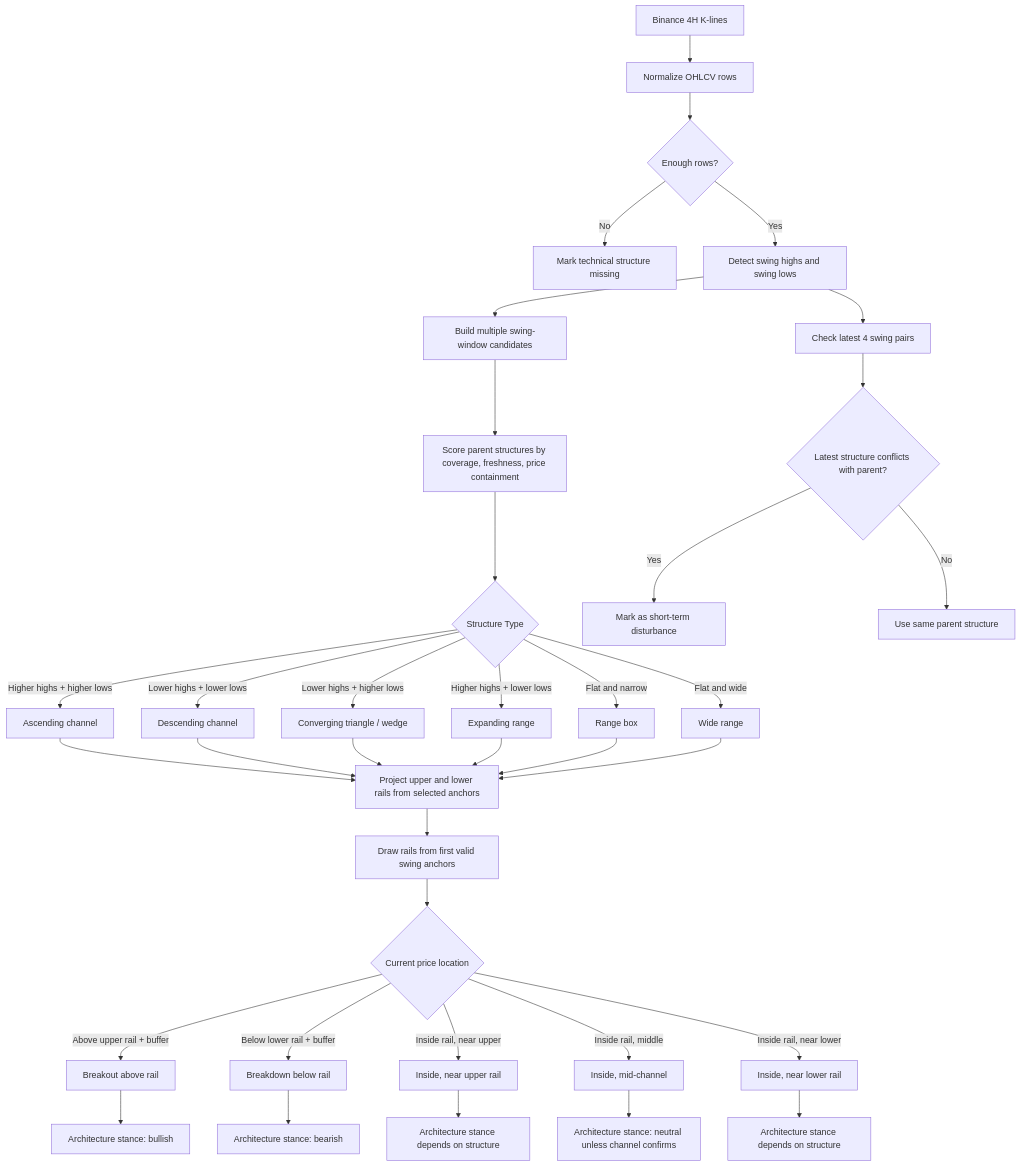
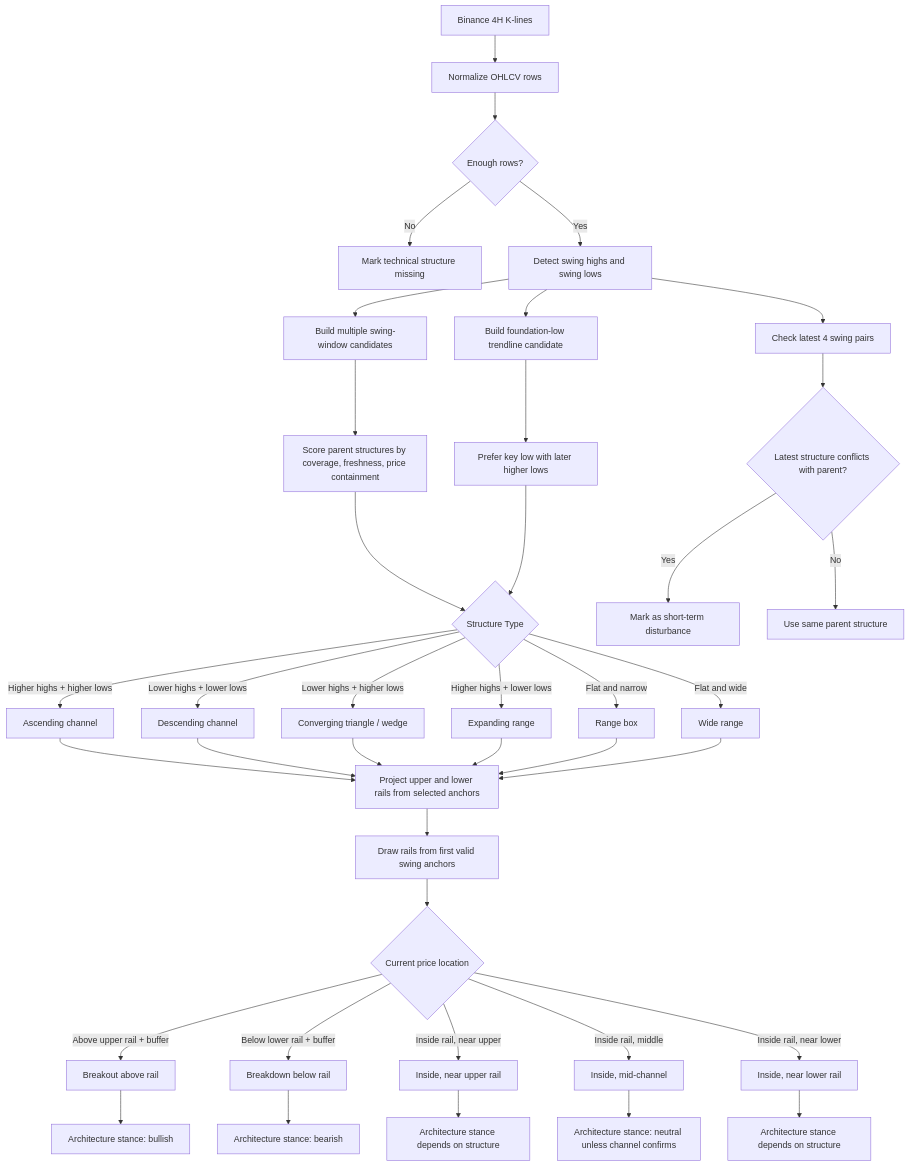
The first of 3 diagrams in docs/TECHNICAL_ARCHITECTURE.md (Lzh-xbccz/hermes-finance), drawn with Mermaid before and after one commit. The commit also changed 5 other files, not shown here.

Commit message:
fix: prefer foundation trendline for crypto structure

````diff
--- a/docs/TECHNICAL_ARCHITECTURE.md
+++ b/docs/TECHNICAL_ARCHITECTURE.md
@@ -7,44 +7,47 @@
 ```mermaid
 flowchart TD
     A[Binance 4H K-lines] --> B[Normalize OHLCV rows]
     B --> C{Enough rows?}
     C -- No --> C1[Mark technical structure missing]
     C -- Yes --> D[Detect swing highs and swing lows]
 
     D --> E[Build multiple swing-window candidates]
+    D --> E1[Build foundation-low trendline candidate]
     E --> F[Score parent structures by coverage, freshness, price containment]
+    E1 --> F1[Prefer key low with later higher lows]
     F --> G{Structure Type}
+    F1 --> G
 
     G -- Higher highs + higher lows --> G1[Ascending channel]
     G -- Lower highs + lower lows --> G2[Descending channel]
     G -- Lower highs + higher lows --> G3[Converging triangle / wedge]
     G -- Higher highs + lower lows --> G4[Expanding range]
     G -- Flat and narrow --> G5[Range box]
     G -- Flat and wide --> G6[Wide range]
 
     G1 --> H[Project upper and lower rails from selected anchors]
     G2 --> H
     G3 --> H
     G4 --> H
     G5 --> H
     G6 --> H
 
     H --> H1[Draw rails from first valid swing anchors]
     D --> H2[Check latest 4 swing pairs]
     H2 --> H3{Latest structure conflicts with parent?}
     H3 -- Yes --> H4[Mark as short-term disturbance]
     H3 -- No --> H5[Use same parent structure]
 
     H1 --> I{Current price location}
     I -- Above upper rail + buffer --> I1[Breakout above rail]
     I -- Below lower rail + buffer --> I2[Breakdown below rail]
     I -- Inside rail, near upper --> I3[Inside, near upper rail]
     I -- Inside rail, middle --> I4[Inside, mid-channel]
     I -- Inside rail, near lower --> I5[Inside, near lower rail]
 
     I1 --> J1[Architecture stance: bullish]
     I2 --> J2[Architecture stance: bearish]
     I3 --> J3[Architecture stance depends on structure]
     I4 --> J4[Architecture stance: neutral unless channel confirms]
     I5 --> J5[Architecture stance depends on structure]
 ```
````
